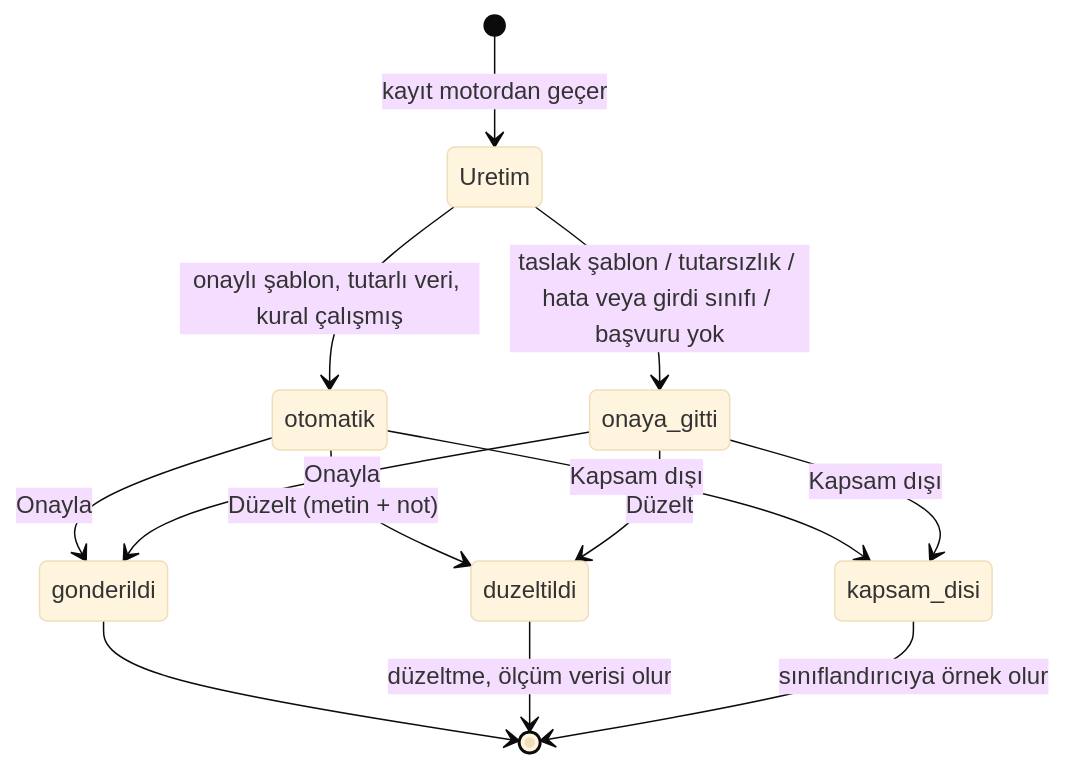
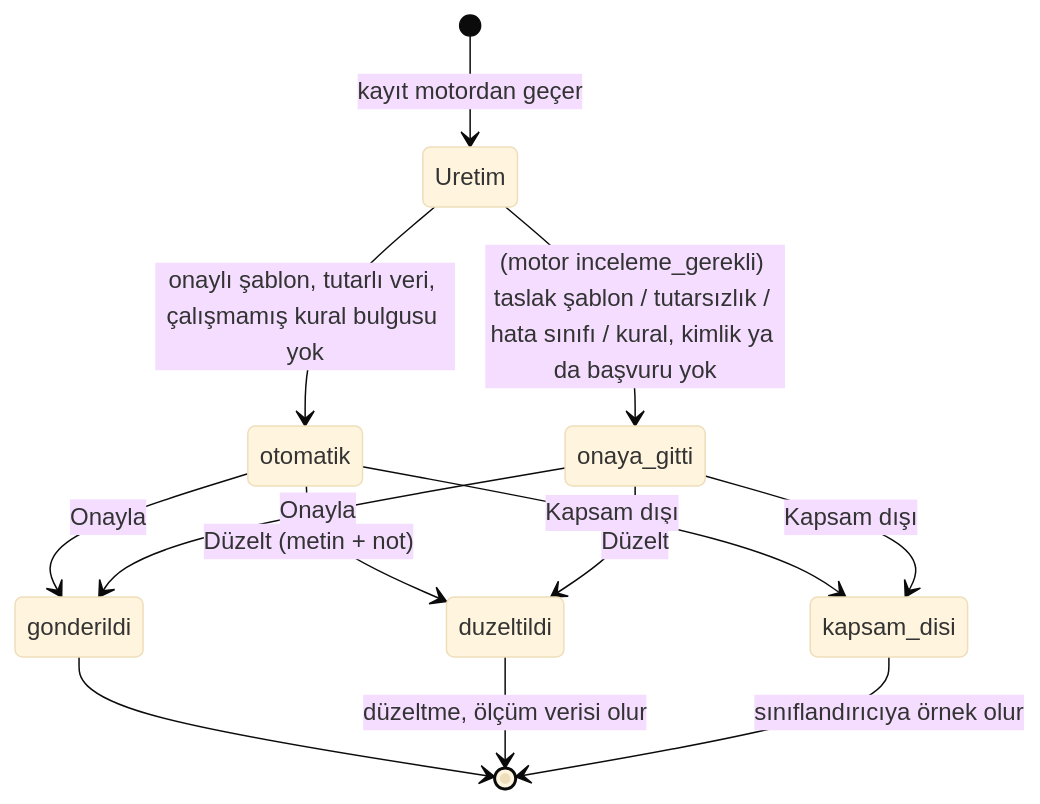
One commit to MertAErntrk/ykb-insource-projects changed the diagram in strateji-cevap/docs/analiz_mimari/diyagram/09_durum.mmd. Above: the diagram before and after it, drawn with Mermaid (base theme). The commit also changed 28 other files, not shown here.

```diff
--- a/strateji-cevap/docs/analiz_mimari/diyagram/09_durum.mmd
+++ b/strateji-cevap/docs/analiz_mimari/diyagram/09_durum.mmd
@@ -1,13 +1,13 @@
 stateDiagram-v2
     [*] --> Uretim : kayıt motordan geçer
-    Uretim --> otomatik : onaylı şablon, tutarlı veri, kural çalışmış
-    Uretim --> onaya_gitti : taslak şablon / tutarsızlık / hata veya girdi sınıfı / başvuru yok
+    Uretim --> otomatik : onaylı şablon, tutarlı veri, çalışmamış kural bulgusu yok
+    Uretim --> onaya_gitti : (motor inceleme_gerekli) taslak şablon / tutarsızlık / hata sınıfı / kural, kimlik ya da başvuru yok
     otomatik --> gonderildi : Onayla
     otomatik --> duzeltildi : Düzelt (metin + not)
     otomatik --> kapsam_disi : Kapsam dışı
     onaya_gitti --> gonderildi : Onayla
     onaya_gitti --> duzeltildi : Düzelt
     onaya_gitti --> kapsam_disi : Kapsam dışı
     gonderildi --> [*]
     duzeltildi --> [*] : düzeltme, ölçüm verisi olur
     kapsam_disi --> [*] : sınıflandırıcıya örnek olur
```
